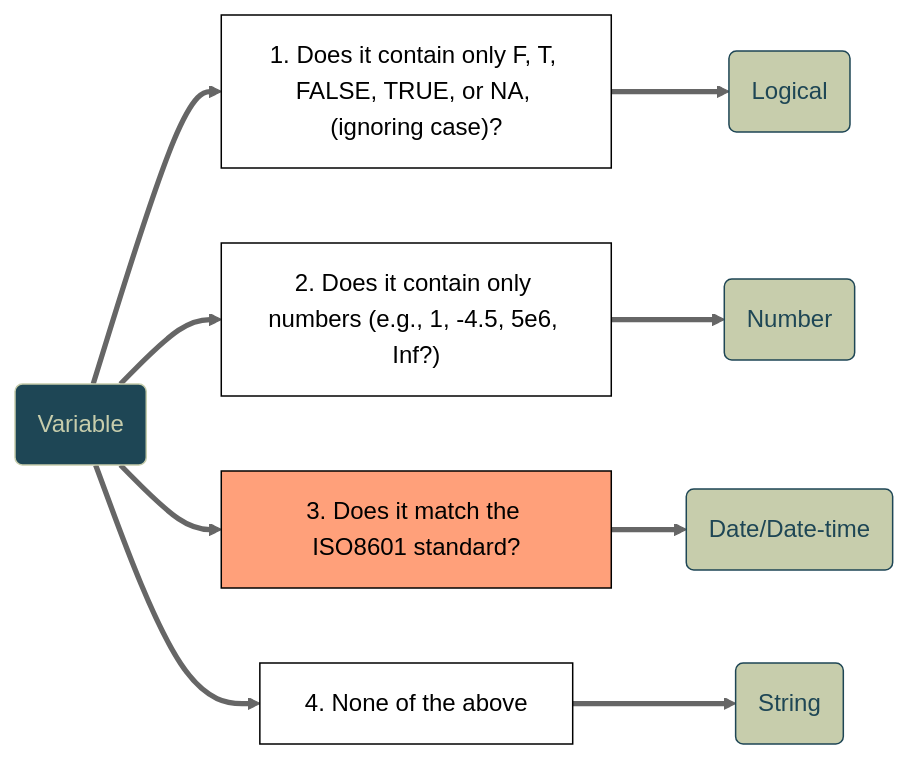
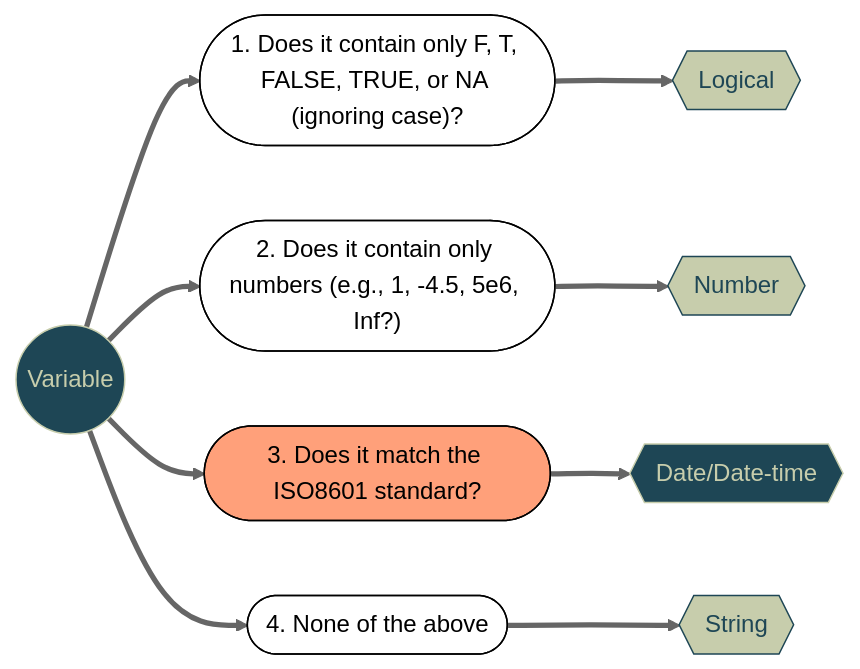
One commit to vsass/CSSS508 changed the fourth of 5 diagrams in Lectures/Lecture4/CSSS508_Lecture4.qmd. Above: the diagram before and after it, drawn with Mermaid (neutral theme). The commit also changed other lines of this file and 21 other files, not shown here.

````diff
--- a/Lectures/Lecture4/CSSS508_Lecture4.qmd
+++ b/Lectures/Lecture4/CSSS508_Lecture4.qmd
@@ -432,21 +434,21 @@
 ```{mermaid}
 %%| echo: false
 %%| fig-width: 11
 %%| fig-height: 5.5
 %%| fig-align: center
 flowchart LR
-    id1(Variable)==>A["1. Does it contain only F, T, FALSE, TRUE, or NA, (ignoring case)?"]==>id2(Logical)
-    id1(Variable)==>B["2. Does it contain only numbers (e.g., 1, -4.5, 5e6, Inf?)"]==>id3(Number)
-    id1(Variable)==>C["3. Does it match the ISO8601 standard?"]==>id4(Date/Date-time)
-    id1(Variable)==>D["4. None of the above"]==>id5(String)
+    id1((Variable))==>A(["1. Does it contain only F, T, FALSE, TRUE, or NA (ignoring case)?"])==>id2{{Logical}}
+    id1((Variable))==>B(["2. Does it contain only numbers (e.g., 1, -4.5, 5e6, Inf?)"])==>id3{{Number}}
+    id1((Variable))==>C(["3. Does it match the ISO8601 standard?"])==>id4{{Date/Date-time}}
+    id1((Variable))==>D(["4. None of the above"])==>id5{{String}}
     style id1 fill:#1e4655,color:#c7cdac,stroke:#c7cdac
     style id2 fill:#c7cdac,color:#1e4655,stroke:#1e4655
     style id3 fill:#c7cdac,color:#1e4655,stroke:#1e4655
-    style id4 fill:#c7cdac,color:#1e4655,stroke:#1e4655
+    style id4 fill:#1e4655,color:#c7cdac,stroke:#c7cdac
     style id5 fill:#c7cdac,color:#1e4655,stroke:#1e4655
     style A fill:#FFFFFF,color:#000000,stroke:#000000
     style B fill:#FFFFFF,color:#000000,stroke:#000000
     style C fill:#ffa07a,color:#000000,stroke:#000000
     style D fill:#FFFFFF,color:#000000,stroke:#000000
 
 ```
````
